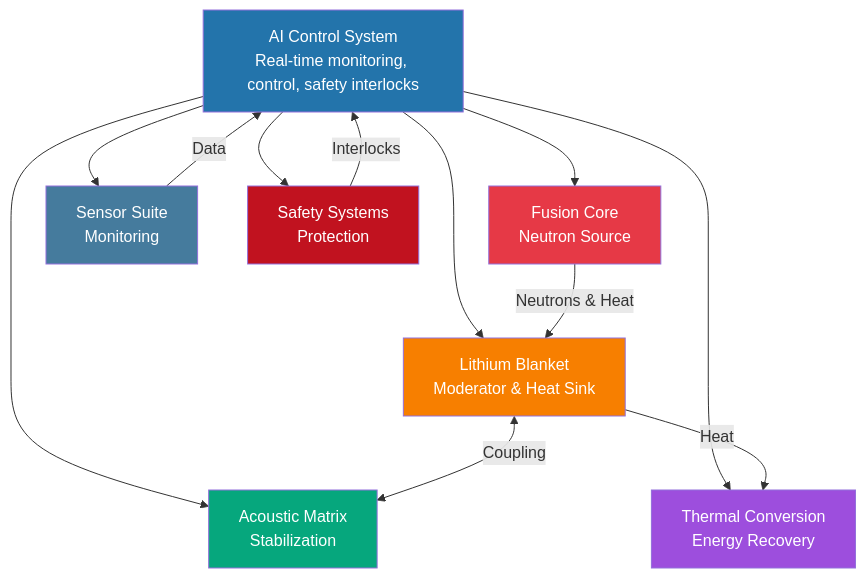
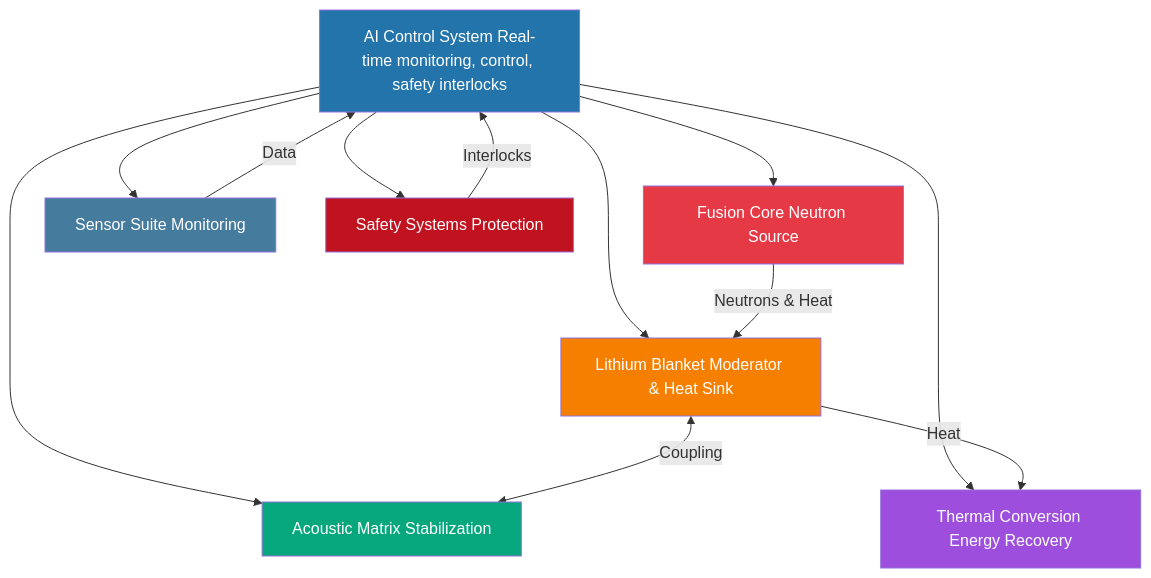
The first of 11 diagrams in website/docs/system-architecture.md (szemkoff/LAFRES), drawn with Mermaid before and after one commit. The commit also changed other lines of this file and 7 other files, not shown here.

First line of the commit message:
Fix Mermaid diagram syntax - remove br tags

````diff
--- a/website/docs/system-architecture.md
+++ b/website/docs/system-architecture.md
@@ -20,32 +20,32 @@
 ```mermaid
 graph TB
-    AI[AI Control System<br/>Real-time monitoring, control, safety interlocks]
+    AI[AI Control System Real-time monitoring, control, safety interlocks]
     
-    FC[Fusion Core<br/>Neutron Source]
-    LB[Lithium Blanket<br/>Moderator & Heat Sink]
-    AM[Acoustic Matrix<br/>Stabilization]
-    TC[Thermal Conversion<br/>Energy Recovery]
-    SS[Sensor Suite<br/>Monitoring]
-    SF[Safety Systems<br/>Protection]
+    FC[Fusion Core Neutron Source]
+    LB[Lithium Blanket Moderator & Heat Sink]
+    AM[Acoustic Matrix Stabilization]
+    TC[Thermal Conversion Energy Recovery]
+    SS[Sensor Suite Monitoring]
+    SF[Safety Systems Protection]
     
     AI --> FC
     AI --> LB
     AI --> AM
     AI --> TC
     AI --> SS
     AI --> SF
     
     FC -->|Neutrons & Heat| LB
     LB <-->|Coupling| AM
     LB -->|Heat| TC
     SS -->|Data| AI
     SF -->|Interlocks| AI
     
     style AI fill:#2374ab,color:#fff
     style FC fill:#e63946,color:#fff
     style LB fill:#f77f00,color:#fff
     style AM fill:#06a77d,color:#fff
     style TC fill:#9d4edd,color:#fff
     style SS fill:#457b9d,color:#fff
     style SF fill:#c1121f,color:#fff
 ```
````
